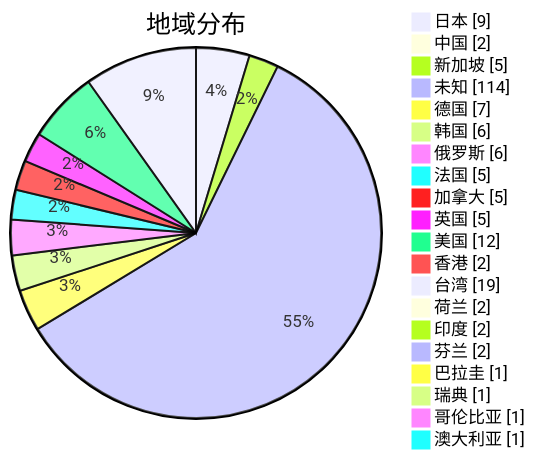
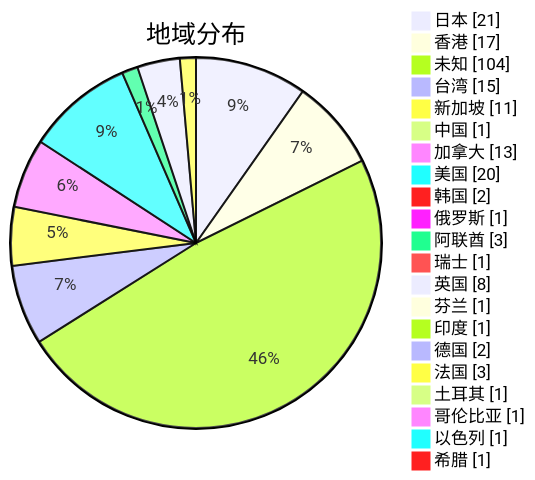
Before and after one commit to sinspired/airport: the second of 3 diagrams in subs/statistics/tested_within.md, drawn with Mermaid. The commit also changed other lines of this file and 2 other files, not shown here.

Commit message:
Committed by metaST

````diff
--- a/subs/statistics/tested_within.md
+++ b/subs/statistics/tested_within.md
@@ -12,24 +13,25 @@
 ```mermaid
 pie showData
 title 地域分布
-"日本" : 9
-"中国" : 2
-"新加坡" : 5
-"未知" : 114
-"德国" : 7
-"韩国" : 6
-"俄罗斯" : 6
-"法国" : 5
-"加拿大" : 5
-"英国" : 5
-"美国" : 12
-"香港" : 2
-"台湾" : 19
-"荷兰" : 2
-"印度" : 2
-"芬兰" : 2
-"巴拉圭" : 1
-"瑞典" : 1
+"日本" : 21
+"香港" : 17
+"未知" : 104
+"台湾" : 15
+"新加坡" : 11
+"中国" : 1
+"加拿大" : 13
+"美国" : 20
+"韩国" : 2
+"俄罗斯" : 1
+"阿联酋" : 3
+"瑞士" : 1
+"英国" : 8
+"芬兰" : 1
+"印度" : 1
+"德国" : 2
+"法国" : 3
+"土耳其" : 1
 "哥伦比亚" : 1
-"澳大利亚" : 1
+"以色列" : 1
+"希腊" : 1
 ```
````
